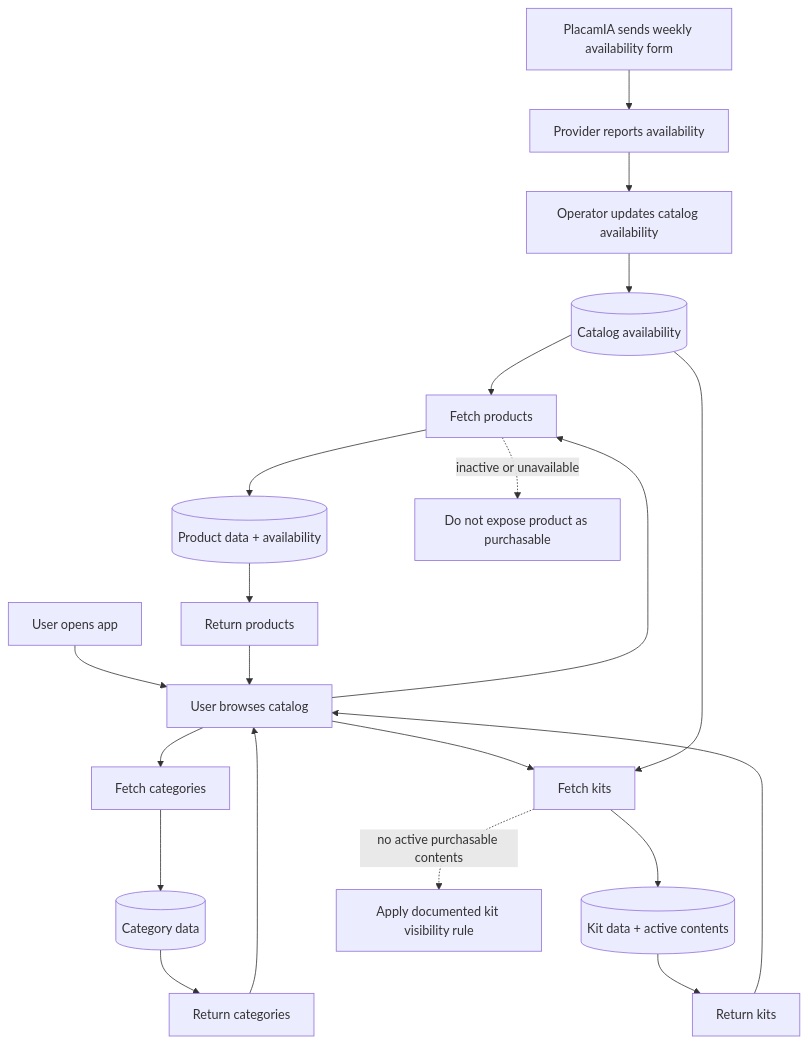
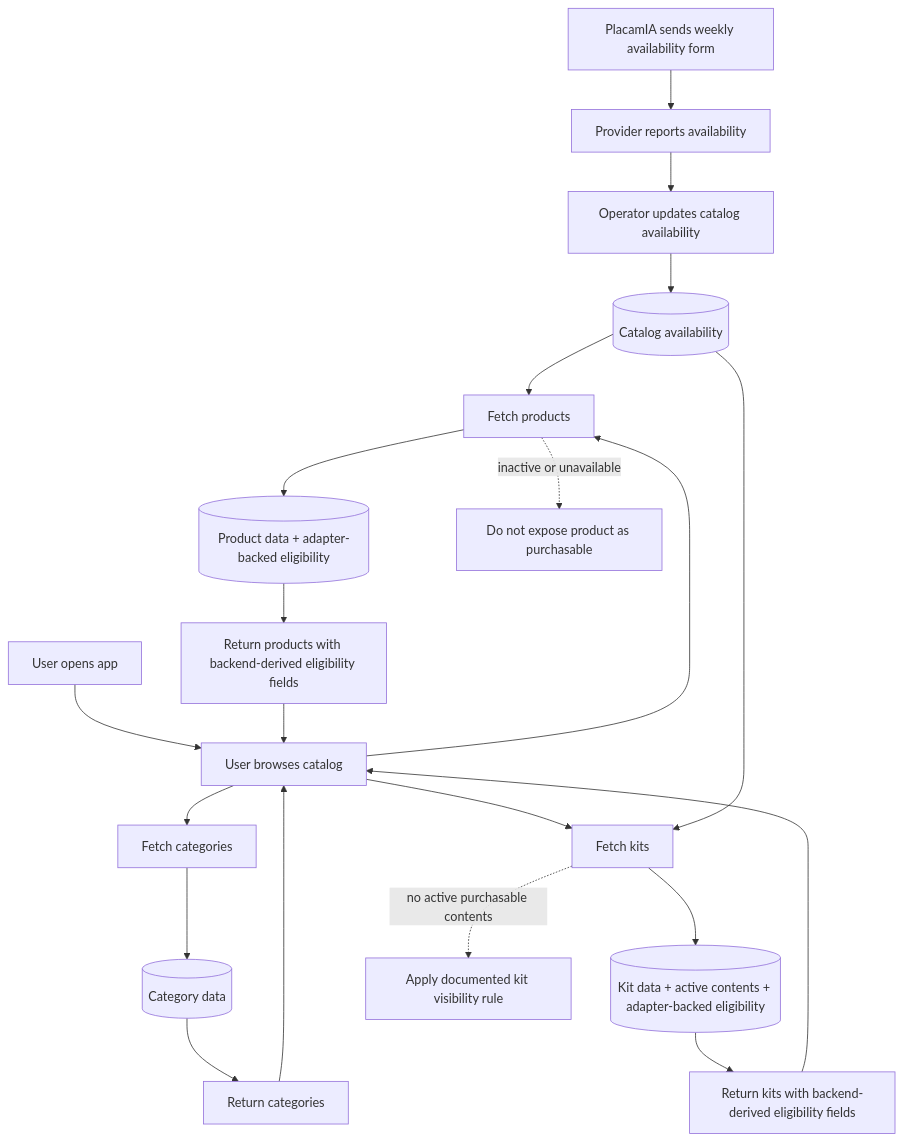
One commit to jovillal/placamia changed the diagram in docs/flows/catalog-flow.md. Above: the diagram before and after it, drawn with Mermaid. The commit also changed other lines of this file and 6 other files, not shown here.

````diff
--- a/docs/flows/catalog-flow.md
+++ b/docs/flows/catalog-flow.md
@@ -17,29 +17,29 @@
 ```mermaid
 flowchart TD
     O1[PlacamIA sends weekly availability form] --> P1[Provider reports availability]
     P1 --> B0[Operator updates catalog availability]
     B0 --> D0[(Catalog availability)]
 
     U1[User opens app] --> U2[User browses catalog]
 
     U2 --> B1[Fetch categories]
     B1 --> D1[(Category data)]
     D1 --> B2[Return categories]
 
     U2 --> B3[Fetch products]
-    B3 --> D2[(Product data + availability)]
-    D2 --> B4[Return products]
+    B3 --> D2[(Product data + adapter-backed eligibility)]
+    D2 --> B4[Return products with backend-derived eligibility fields]
 
     U2 --> B5[Fetch kits]
-    B5 --> D3[(Kit data + active contents)]
-    D3 --> B6[Return kits]
+    B5 --> D3[(Kit data + active contents + adapter-backed eligibility)]
+    D3 --> B6[Return kits with backend-derived eligibility fields]
 
     D0 --> B3
     D0 --> B5
     B2 --> U2
     B4 --> U2
     B6 --> U2
 
     B3 -. inactive or unavailable .-> R1[Do not expose product as purchasable]
     B5 -. no active purchasable contents .-> R2[Apply documented kit visibility rule]
 ```
````
